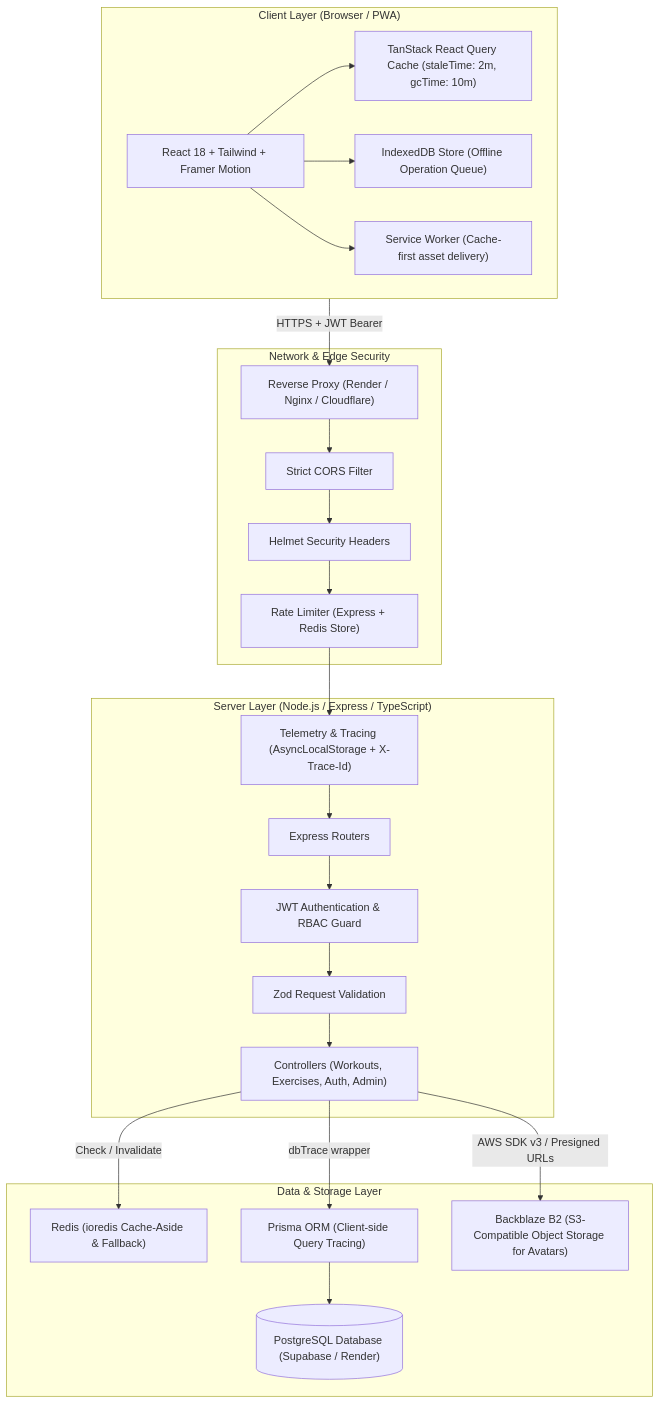
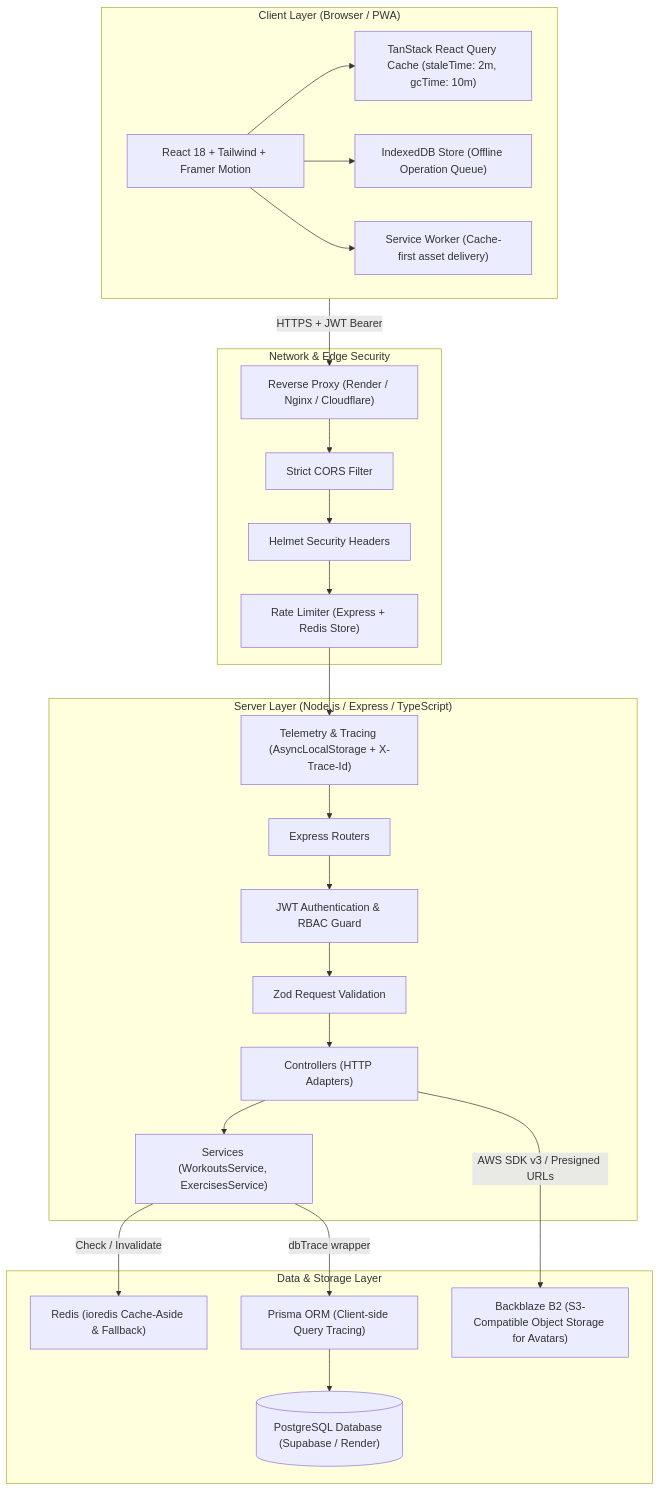
Before and after one commit to Najeebth/gymtrack: the first of 2 diagrams in ARCHITECTURE.md, drawn with Mermaid. The commit also changed other lines of this file and 9 other files, not shown here.

Commit message:
feat(arch): extract WorkoutsService and ExercisesService into clean service layer and update documentation

````diff
--- a/ARCHITECTURE.md
+++ b/ARCHITECTURE.md
@@ -11,49 +11,51 @@
 ```mermaid
 graph TD
     subgraph Client ["Client Layer (Browser / PWA)"]
         UI["React 18 + Tailwind + Framer Motion"]
         RQ["TanStack React Query Cache (staleTime: 2m, gcTime: 10m)"]
         IDB["IndexedDB Store (Offline Operation Queue)"]
         SW["Service Worker (Cache-first asset delivery)"]
         UI --> RQ
         UI --> IDB
         UI --> SW
     end
 
     subgraph Edge ["Network & Edge Security"]
         ReverseProxy["Reverse Proxy (Render / Nginx / Cloudflare)"]
         CORS["Strict CORS Filter"]
         Helmet["Helmet Security Headers"]
         RateLimit["Rate Limiter (Express + Redis Store)"]
     end
 
     subgraph Backend ["Server Layer (Node.js / Express / TypeScript)"]
         Telemetry["Telemetry & Tracing (AsyncLocalStorage + X-Trace-Id)"]
         Router["Express Routers"]
         AuthMiddleware["JWT Authentication & RBAC Guard"]
         Validation["Zod Request Validation"]
-        Controllers["Controllers (Workouts, Exercises, Auth, Admin)"]
+        Controllers["Controllers (HTTP Adapters)"]
+        Services["Services (WorkoutsService, ExercisesService)"]
     end
 
     subgraph Data ["Data & Storage Layer"]
         RedisCache["Redis (ioredis Cache-Aside & Fallback)"]
         PrismaORM["Prisma ORM (Client-side Query Tracing)"]
         Postgres[("PostgreSQL Database (Supabase / Render)")]
         B2["Backblaze B2 (S3-Compatible Object Storage for Avatars)"]
     end
 
     Client -->|HTTPS + JWT Bearer| ReverseProxy
     ReverseProxy --> CORS
     CORS --> Helmet
     Helmet --> RateLimit
     RateLimit --> Telemetry
     Telemetry --> Router
     Router --> AuthMiddleware
     AuthMiddleware --> Validation
     Validation --> Controllers
+    Controllers --> Services
 
-    Controllers -->|Check / Invalidate| RedisCache
-    Controllers -->|dbTrace wrapper| PrismaORM
+    Services -->|Check / Invalidate| RedisCache
+    Services -->|dbTrace wrapper| PrismaORM
     PrismaORM --> Postgres
     Controllers -->|AWS SDK v3 / Presigned URLs| B2
 ```
````
